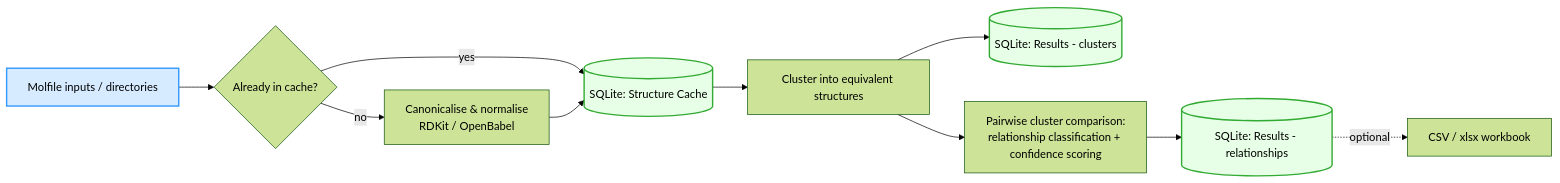
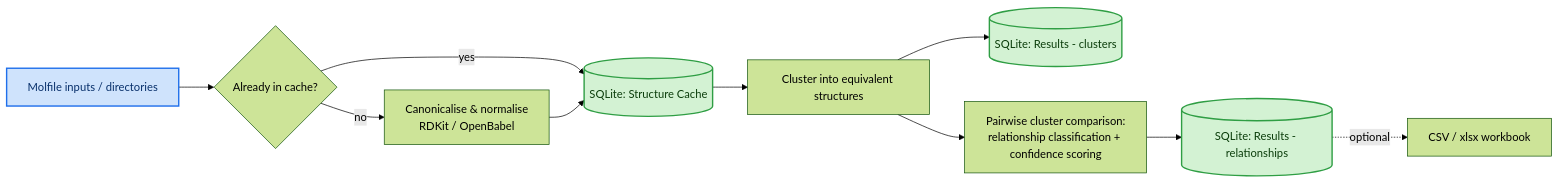
One commit to Digital-Metabolic-Twin-Centre/stereomapper changed the diagram in README.md. Above: the diagram before and after it, drawn with Mermaid (forest theme).

Commit message:
Update mermaid again - improve readability

````diff
--- a/README.md
+++ b/README.md
@@ -40,17 +40,17 @@
 ```mermaid
 flowchart LR
     A[Molfile inputs / directories] --> B{Already in cache?}
     B -- yes --> D[(SQLite: Structure Cache)]
     B -- no --> C[Canonicalise & normalise<br/>RDKit / OpenBabel]
     C --> D
     D --> E[Cluster into equivalent structures]
     E --> F[(SQLite: Results - clusters)]
     E --> G[Pairwise cluster comparison:<br/>relationship classification + confidence scoring]
     G --> H[(SQLite: Results - relationships)]
     H -.->|optional| I[CSV / xlsx workbook]
 
-    style A fill:#d6ebff,stroke:#3399FF,stroke-width:2px
-    style D fill:#e6ffe6,stroke:#3a3,stroke-width:2px
-    style F fill:#e6ffe6,stroke:#3a3,stroke-width:2px
-    style H fill:#e6ffe6,stroke:#3a3,stroke-width:2px
+    classDef inputNode fill:#cfe3fc,stroke:#1f6feb,stroke-width:2px,color:#08306b;
+    classDef dbNode fill:#d3f2d3,stroke:#2f9e44,stroke-width:2px,color:#0b3d0b;
+    class A inputNode
+    class D,F,H dbNode
 ```
````
